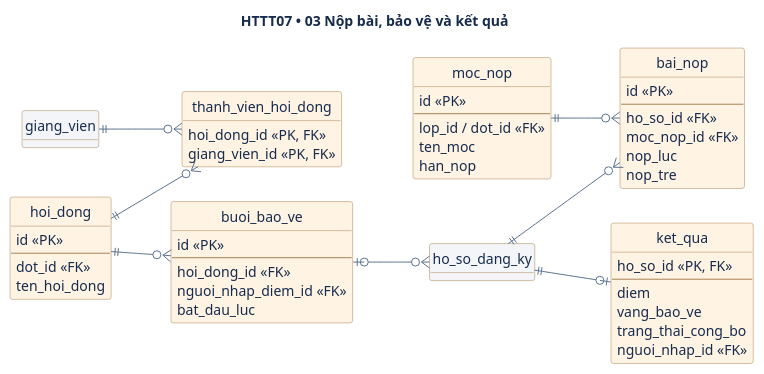
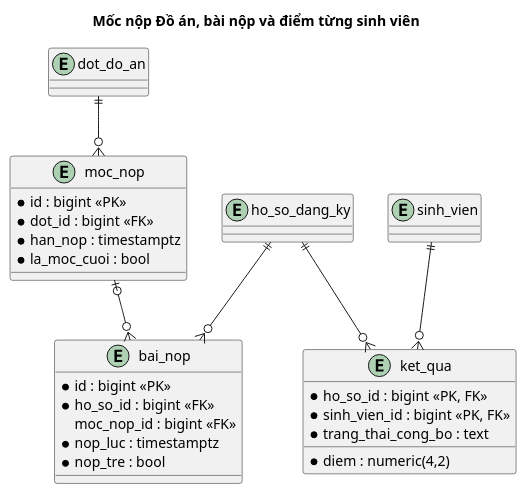
The third of 3 diagrams in 04-thiet-ke-co-so-du-lieu.md (lam-vu6868/HTQL_TieuLuan_DoAN), drawn with PlantUML before and after one commit. The commit also changed other lines of this file and 40 other files, not shown here.

````diff
--- a/04-thiet-ke-co-so-du-lieu.md
+++ b/04-thiet-ke-co-so-du-lieu.md
@@ -166,63 +133,32 @@
 ```plantuml
 @startuml
-title HTTT07 • 03 Nộp bài, bảo vệ và kết quả
-left to right direction
-skinparam shadowing false
-skinparam defaultFontName SansSerif
-skinparam defaultFontColor #172B4D
-skinparam classBackgroundColor #FFF3E4
-skinparam classBorderColor #A88353
-skinparam arrowColor #5C7390
-hide circle
-hide methods
-entity ho_so_dang_ky #F3F5F8
-entity giang_vien #F3F5F8
+title Mốc nộp Đồ án, bài nộp và điểm từng sinh viên
+entity dot_do_an
+entity sinh_vien
+entity ho_so_dang_ky
 entity moc_nop {
-  id <<PK>>
-  --
-  lop_id / dot_id <<FK>>
-  ten_moc
-  han_nop
+  * id : bigint <<PK>>
+  * dot_id : bigint <<FK>>
+  * han_nop : timestamptz
+  * la_moc_cuoi : bool
 }
 entity bai_nop {
-  id <<PK>>
-  --
-  ho_so_id <<FK>>
-  moc_nop_id <<FK>>
-  nop_luc
-  nop_tre
-}
-entity hoi_dong {
-  id <<PK>>
-  --
-  dot_id <<FK>>
-  ten_hoi_dong
-}
-entity thanh_vien_hoi_dong {
-  hoi_dong_id <<PK, FK>>
-  giang_vien_id <<PK, FK>>
-}
-entity buoi_bao_ve {
-  id <<PK>>
-  --
-  hoi_dong_id <<FK>>
-  nguoi_nhap_diem_id <<FK>>
-  bat_dau_luc
+  * id : bigint <<PK>>
+  * ho_so_id : bigint <<FK>>
+  moc_nop_id : bigint <<FK>>
+  * nop_luc : timestamptz
+  * nop_tre : bool
 }
 entity ket_qua {
-  ho_so_id <<PK, FK>>
-  --
-  diem
-  vang_bao_ve
-  trang_thai_cong_bo
-  nguoi_nhap_id <<FK>>
+  * ho_so_id : bigint <<PK, FK>>
+  * sinh_vien_id : bigint <<PK, FK>>
+  * diem : numeric(4,2)
+  * trang_thai_cong_bo : text
 }
-moc_nop ||--o{ bai_nop
+dot_do_an ||--o{ moc_nop
 ho_so_dang_ky ||--o{ bai_nop
-ho_so_dang_ky ||--o| ket_qua
-hoi_dong ||--o{ thanh_vien_hoi_dong
-giang_vien ||--o{ thanh_vien_hoi_dong
-hoi_dong ||--o{ buoi_bao_ve
-buoi_bao_ve |o--o{ ho_so_dang_ky
+moc_nop |o--o{ bai_nop
+ho_so_dang_ky ||--o{ ket_qua
+sinh_vien ||--o{ ket_qua
 @enduml
 ```
````
